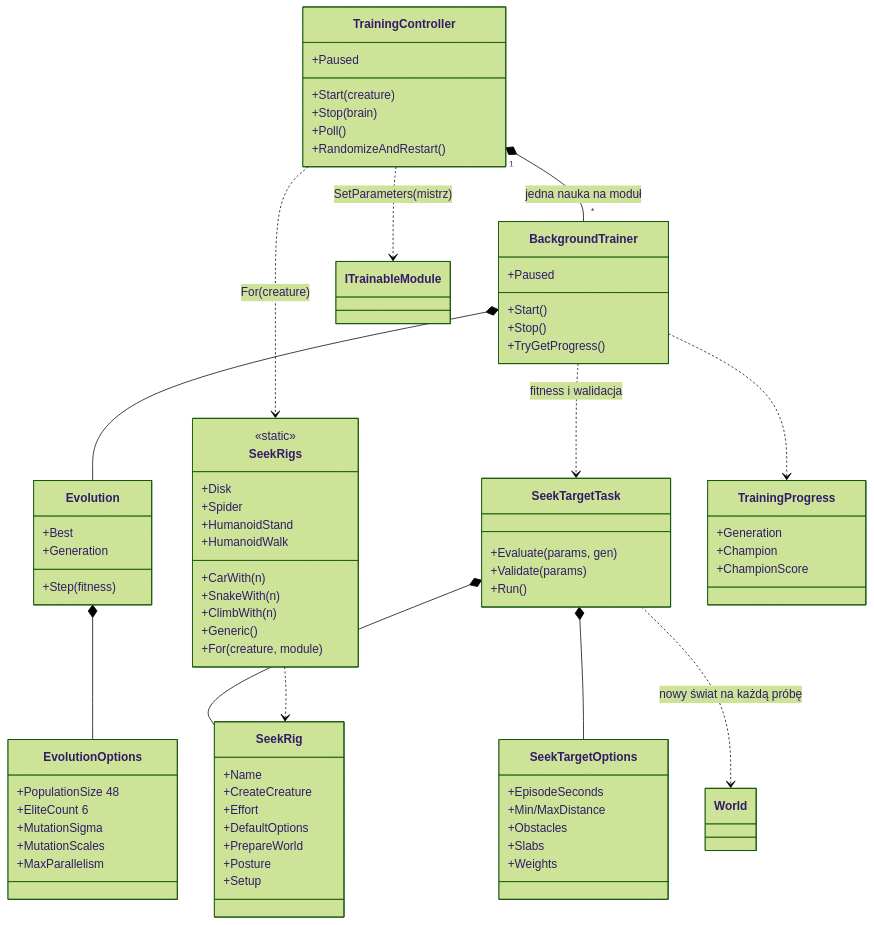
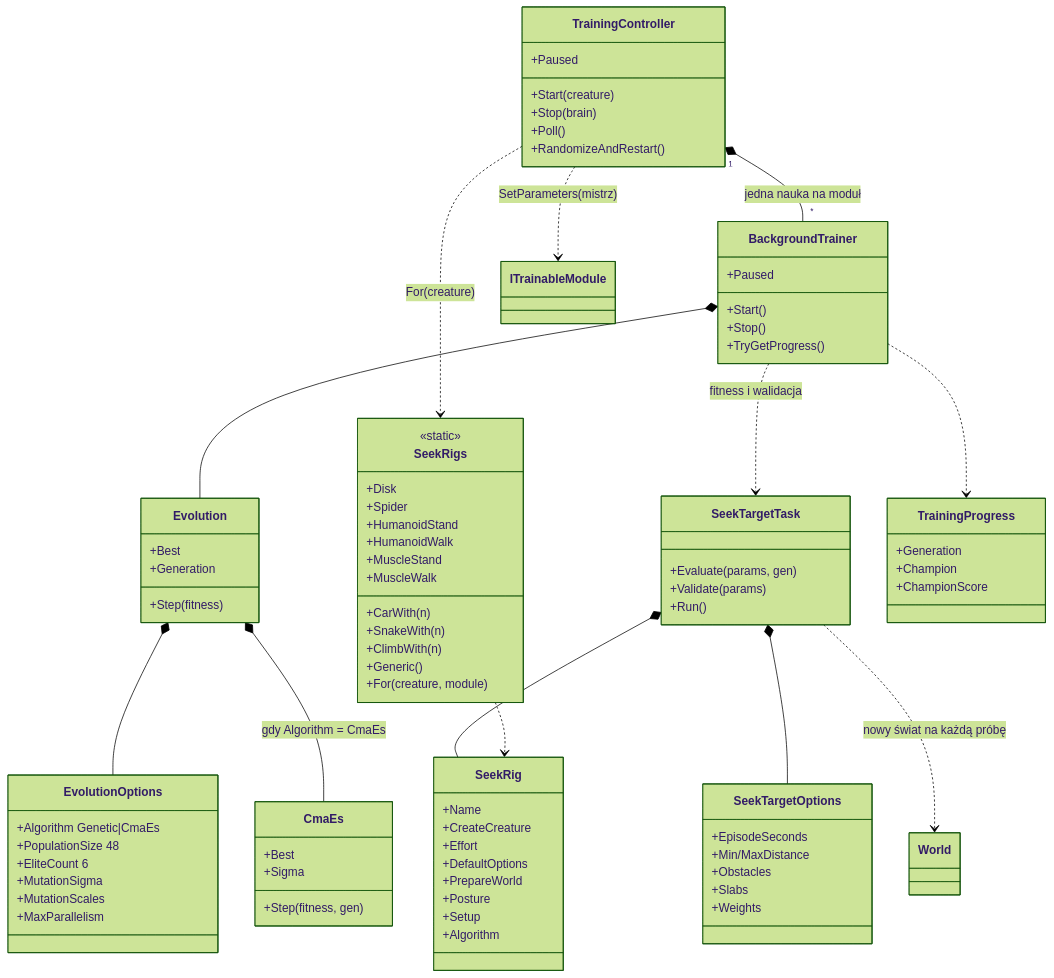
Before and after one commit to Logos7/Animata: diagram 12 of 15 in docs/mapa-kodu.md, drawn with Mermaid (forest theme). The commit also changed other lines of this file and 27 other files, not shown here.

```diff
--- a/docs/mapa-kodu.md
+++ b/docs/mapa-kodu.md
@@ -888,7 +937,13 @@
     +Best
     +Generation
   }
+  class CmaEs {
+    +Step(fitness, gen)
+    +Best
+    +Sigma
+  }
   class EvolutionOptions {
+    +Algorithm Genetic|CmaEs
     +PopulationSize 48
     +EliteCount 6
     +MutationSigma
@@ -915,6 +970,7 @@
     +PrepareWorld
     +Posture
     +Setup
+    +Algorithm
   }
   class SeekRigs {
     <<static>>
@@ -925,6 +981,8 @@
     +Spider
     +HumanoidStand
     +HumanoidWalk
+    +MuscleStand
+    +MuscleWalk
     +Generic()
     +For(creature, module)
   }
@@ -936,6 +994,7 @@
   TrainingController "1" *-- "*" BackgroundTrainer : jedna nauka na moduł
   BackgroundTrainer *-- Evolution
   Evolution *-- EvolutionOptions
+  Evolution *-- CmaEs : gdy Algorithm = CmaEs
   BackgroundTrainer ..> SeekTargetTask : fitness i walidacja
   BackgroundTrainer ..> TrainingProgress
   SeekTargetTask *-- SeekRig
```
